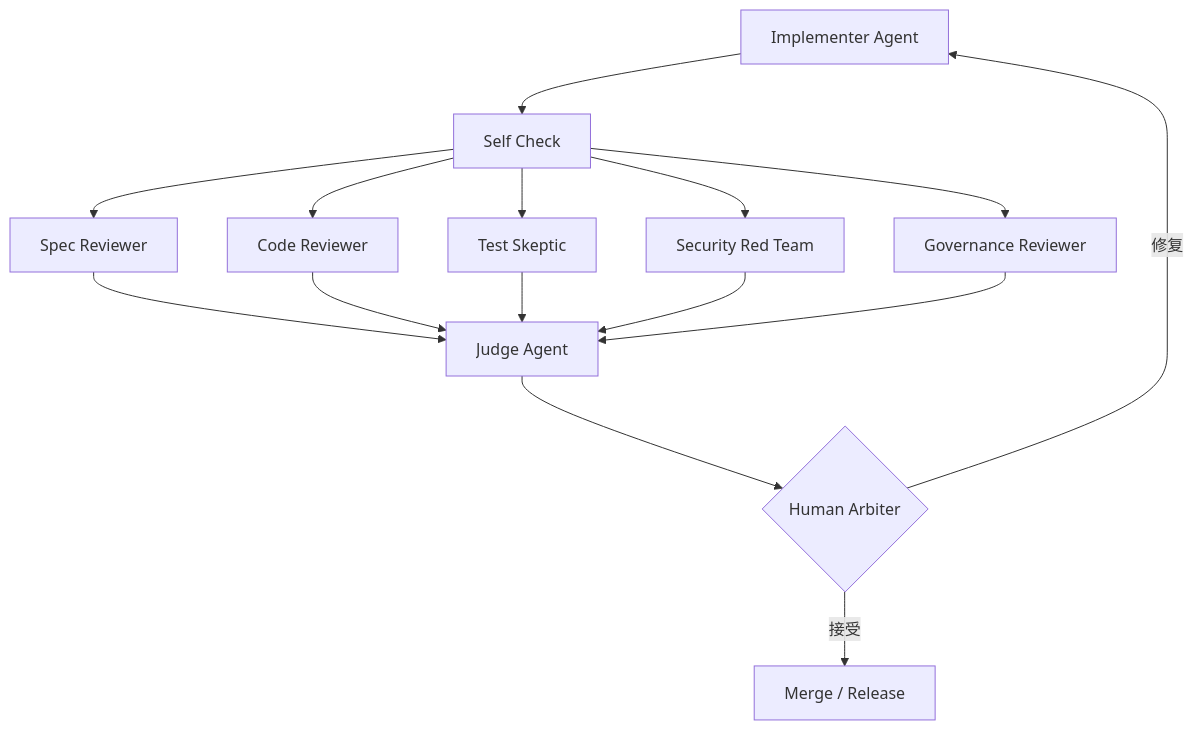
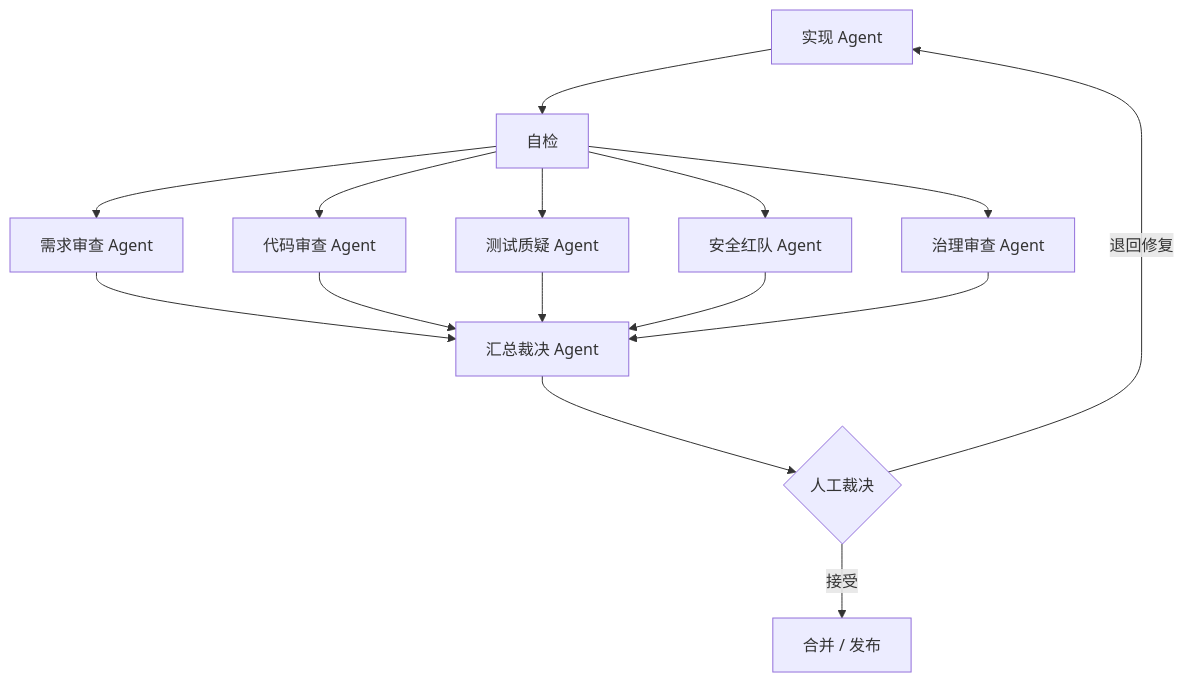
The diagram in docs/acceptance/ai-native-acceptance.md (limecloud/aicoding), drawn with Mermaid before and after one commit. The commit also changed other lines of this file and 60 other files, not shown here.

````diff
--- a/docs/acceptance/ai-native-acceptance.md
+++ b/docs/acceptance/ai-native-acceptance.md
@@ -7,17 +9,17 @@
 ```mermaid
 flowchart TD
-  A[Implementer Agent] --> B[Self Check]
-  B --> C[Spec Reviewer]
-  B --> D[Code Reviewer]
-  B --> E[Test Skeptic]
-  B --> F[Security Red Team]
-  B --> G[Governance Reviewer]
-  C --> H[Judge Agent]
+  A[实现 Agent] --> B[自检]
+  B --> C[需求审查 Agent]
+  B --> D[代码审查 Agent]
+  B --> E[测试质疑 Agent]
+  B --> F[安全红队 Agent]
+  B --> G[治理审查 Agent]
+  C --> H[汇总裁决 Agent]
   D --> H
   E --> H
   F --> H
   G --> H
-  H --> I{Human Arbiter}
-  I -->|修复| A
-  I -->|接受| J[Merge / Release]
+  H --> I{人工裁决}
+  I -->|退回修复| A
+  I -->|接受| J[合并 / 发布]
 ```
````
